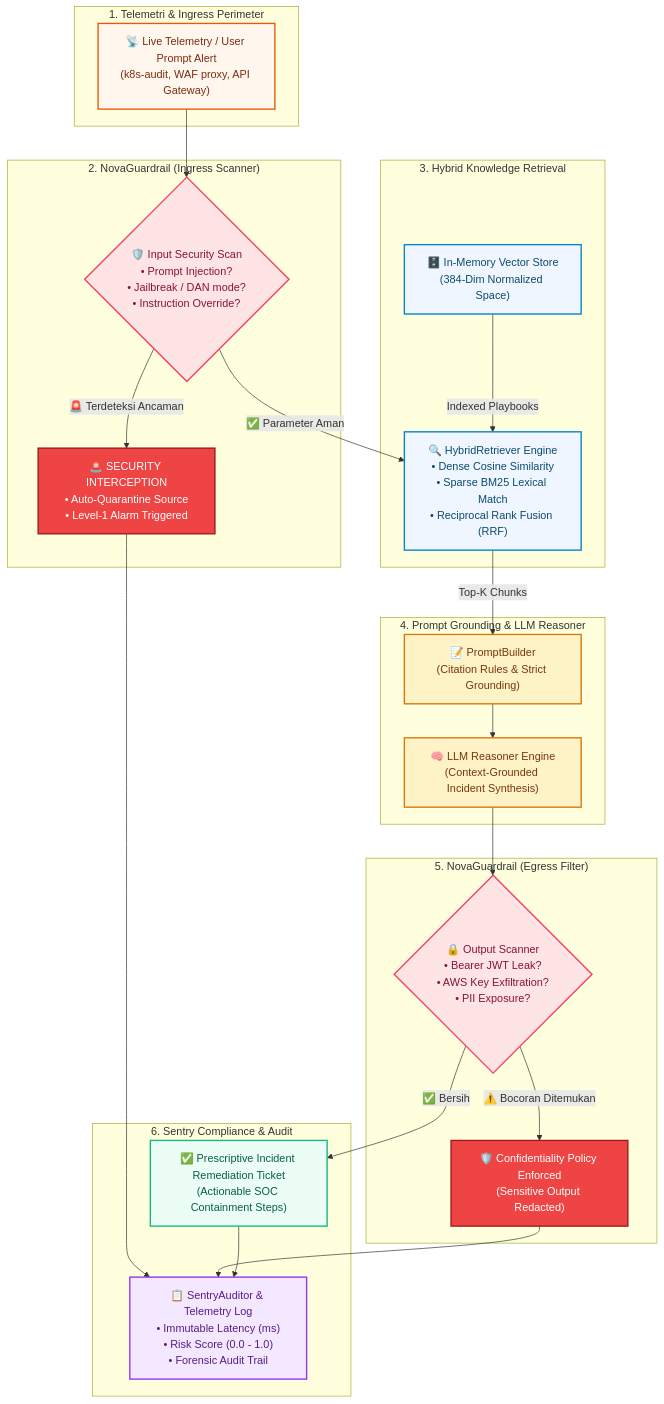
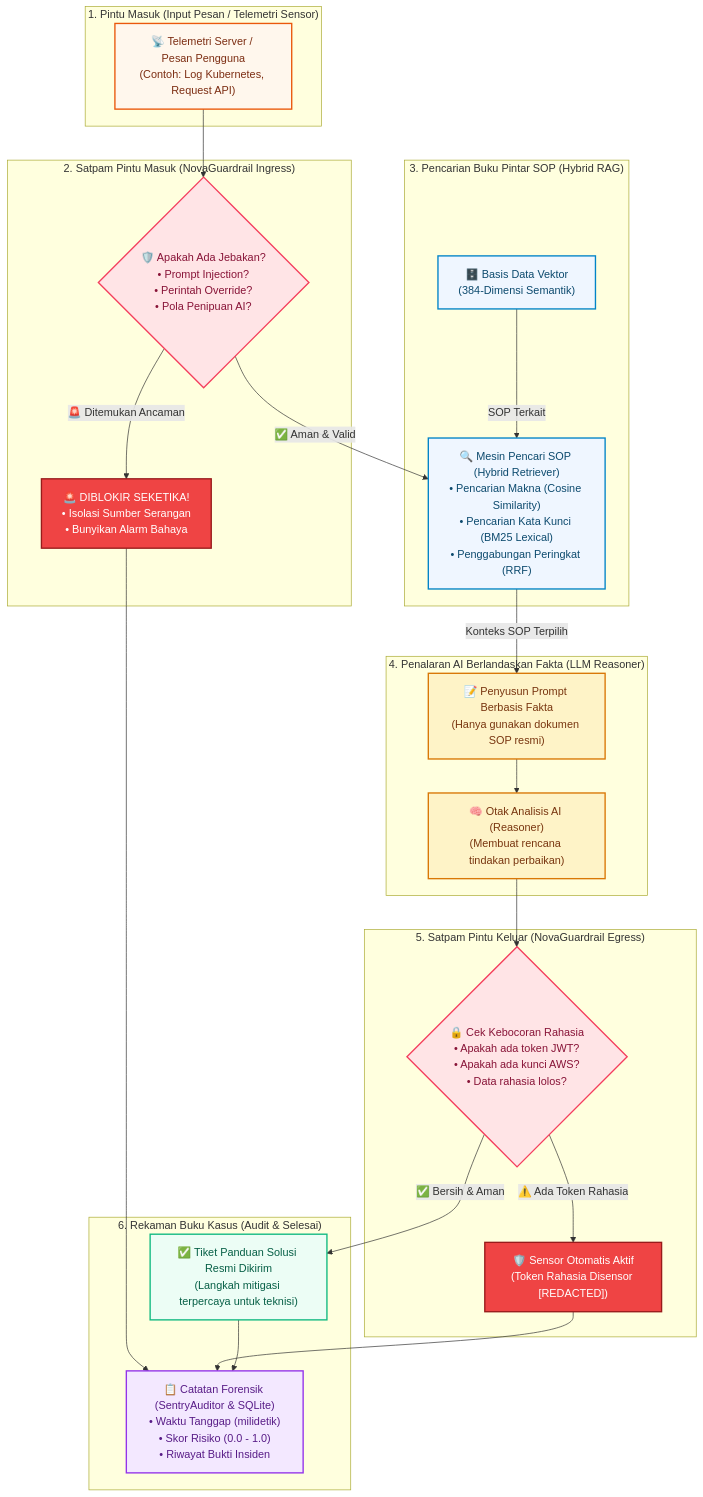
Before and after one commit to RifkyA911/NovaSentry: the diagram in README.md, drawn with Mermaid. The commit also changed other lines of this file, not shown here.

First line of the commit message:
docs: overhaul README with layman guide, complete mermaid flow, and .env reference

````diff
--- a/README.md
+++ b/README.md
@@ -35,54 +46,54 @@
 ```mermaid
 flowchart TD
-    %% Styling Definitions
+    %% Styling Definisi
     classDef ingress fill:#fff7ed,stroke:#ea580c,stroke-width:2px,color:#7c2d12;
     classDef guardrail fill:#ffe4e6,stroke:#f43f5e,stroke-width:2px,color:#881337;
     classDef rag fill:#eff6ff,stroke:#0284c7,stroke-width:2px,color:#0c4a6e;
     classDef llm fill:#fef3c7,stroke:#d97706,stroke-width:2px,color:#78350f;
     classDef audit fill:#f3e8ff,stroke:#9333ea,stroke-width:2px,color:#581c87;
     classDef danger fill:#ef4444,stroke:#991b1b,stroke-width:2px,color:#ffffff;
     classDef safe fill:#ecfdf5,stroke:#10b981,stroke-width:2px,color:#065f46;
 
-    subgraph INGRESS["1. Telemetri & Ingress Perimeter"]
-        A["📡 Live Telemetry / User Prompt Alert<br/>(k8s-audit, WAF proxy, API Gateway)"]:::ingress
+    subgraph INGRESS["1. Pintu Masuk (Input Pesan / Telemetri Sensor)"]
+        A["📡 Telemetri Server / Pesan Pengguna<br/>(Contoh: Log Kubernetes, Request API)"]:::ingress
     end
 
-    subgraph GUARD_IN["2. NovaGuardrail (Ingress Scanner)"]
-        B{"🛡️ Input Security Scan<br/>• Prompt Injection?<br/>• Jailbreak / DAN mode?<br/>• Instruction Override?"}:::guardrail
-        B_BLOCKED["🚨 SECURITY INTERCEPTION<br/>• Auto-Quarantine Source<br/>• Level-1 Alarm Triggered"]:::danger
+    subgraph GUARD_IN["2. Satpam Pintu Masuk (NovaGuardrail Ingress)"]
+        B{"🛡️ Apakah Ada Jebakan?<br/>• Prompt Injection?<br/>• Perintah Override?<br/>• Pola Penipuan AI?"}:::guardrail
+        B_BLOCKED["🚨 DIBLOKIR SEKETIKA!<br/>• Isolasi Sumber Serangan<br/>• Bunyikan Alarm Bahaya"]:::danger
     end
 
-    subgraph RETRIEVAL["3. Hybrid Knowledge Retrieval"]
-        C["🗄️ In-Memory Vector Store<br/>(384-Dim Normalized Space)"]:::rag
-        D["🔍 HybridRetriever Engine<br/>• Dense Cosine Similarity<br/>• Sparse BM25 Lexical Match<br/>• Reciprocal Rank Fusion (RRF)"]:::rag
-        C -->|Indexed Playbooks| D
+    subgraph RETRIEVAL["3. Pencarian Buku Pintar SOP (Hybrid RAG)"]
+        C["🗄️ Basis Data Vektor<br/>(384-Dimensi Semantik)"]:::rag
+        D["🔍 Mesin Pencari SOP (Hybrid Retriever)<br/>• Pencarian Makna (Cosine Similarity)<br/>• Pencarian Kata Kunci (BM25 Lexical)<br/>• Penggabungan Peringkat (RRF)"]:::rag
+        C -->|SOP Terkait| D
     end
 
-    subgraph SYNTHESIS["4. Prompt Grounding & LLM Reasoner"]
-        E["📝 PromptBuilder<br/>(Citation Rules & Strict Grounding)"]:::llm
-        F["🧠 LLM Reasoner Engine<br/>(Context-Grounded Incident Synthesis)"]:::llm
+    subgraph SYNTHESIS["4. Penalaran AI Berlandaskan Fakta (LLM Reasoner)"]
+        E["📝 Penyusun Prompt Berbasis Fakta<br/>(Hanya gunakan dokumen SOP resmi)"]:::llm
+        F["🧠 Otak Analisis AI (Reasoner)<br/>(Membuat rencana tindakan perbaikan)"]:::llm
         E --> F
     end
 
-    subgraph GUARD_OUT["5. NovaGuardrail (Egress Filter)"]
-        G{"🔒 Output Scanner<br/>• Bearer JWT Leak?<br/>• AWS Key Exfiltration?<br/>• PII Exposure?"}:::guardrail
-        G_REDACT["🛡️ Confidentiality Policy Enforced<br/>(Sensitive Output Redacted)"]:::danger
+    subgraph GUARD_OUT["5. Satpam Pintu Keluar (NovaGuardrail Egress)"]
+        G{"🔒 Cek Kebocoran Rahasia<br/>• Apakah ada token JWT?<br/>• Apakah ada kunci AWS?<br/>• Data rahasia lolos?"}:::guardrail
+        G_REDACT["🛡️ Sensor Otomatis Aktif<br/>(Token Rahasia Disensor [REDACTED])"]:::danger
     end
 
-    subgraph GOVERNANCE["6. Sentry Compliance & Audit"]
-        H["📋 SentryAuditor & Telemetry Log<br/>• Immutable Latency (ms)<br/>• Risk Score (0.0 - 1.0)<br/>• Forensic Audit Trail"]:::audit
-        I["✅ Prescriptive Incident Remediation Ticket<br/>(Actionable SOC Containment Steps)"]:::safe
+    subgraph GOVERNANCE["6. Rekaman Buku Kasus (Audit & Selesai)"]
+        H["📋 Catatan Forensik (SentryAuditor & SQLite)<br/>• Waktu Tanggap (milidetik)<br/>• Skor Risiko (0.0 - 1.0)<br/>• Riwayat Bukti Insiden"]:::audit
+        I["✅ Tiket Panduan Solusi Resmi Dikirim<br/>(Langkah mitigasi terpercaya untuk teknisi)"]:::safe
     end
 
-    %% Flow Connections
+    %% Relasi Alur
     A --> B
-    B -- "🚨 Terdeteksi Ancaman" --> B_BLOCKED
+    B -- "🚨 Ditemukan Ancaman" --> B_BLOCKED
     B_BLOCKED --> H
-    B -- "✅ Parameter Aman" --> D
-    D -->|Top-K Chunks| E
+    B -- "✅ Aman & Valid" --> D
+    D -->|Konteks SOP Terpilih| E
     F --> G
-    G -- "⚠️ Bocoran Ditemukan" --> G_REDACT
-    G -- "✅ Bersih" --> I
+    G -- "⚠️ Ada Token Rahasia" --> G_REDACT
+    G -- "✅ Bersih & Aman" --> I
     G_REDACT --> H
     I --> H
 ```
````
